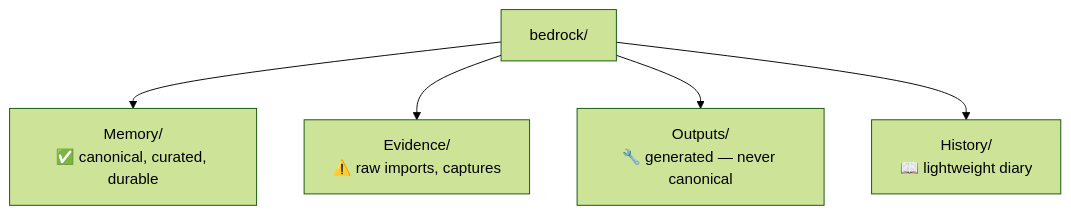
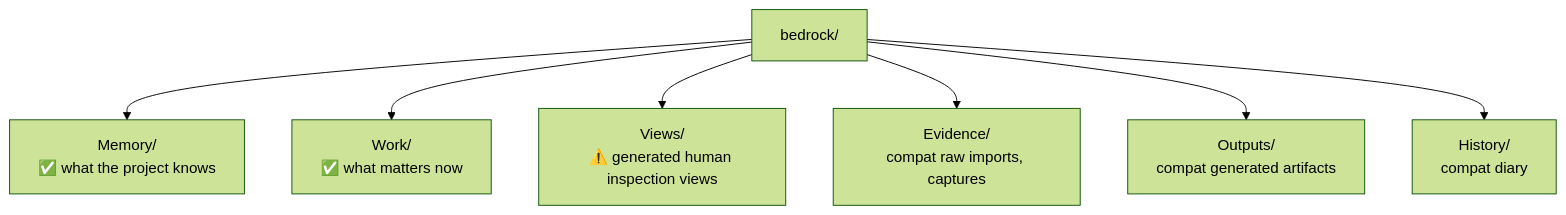
Before and after one commit to robotaitai/project-bedrock: the second of 3 diagrams in agent_docs/memory/architecture.md, drawn with Mermaid (forest theme). The commit also changed other lines of this file and 50 other files, not shown here.

````diff
--- a/agent_docs/memory/architecture.md
+++ b/agent_docs/memory/architecture.md
@@ -57,8 +57,10 @@
 ```mermaid
 flowchart TD
     V["bedrock/"]
-    V --> M["Memory/\n✅ canonical, curated, durable"]
-    V --> E["Evidence/\n⚠️ raw imports, captures"]
-    V --> O["Outputs/\n🔧 generated — never canonical"]
-    V --> H["History/\n📖 lightweight diary"]
+    V --> M["Memory/\n✅ what the project knows"]
+    V --> W["Work/\n✅ what matters now"]
+    V --> VW["Views/\n⚠️ generated human inspection views"]
+    V --> E["Evidence/\ncompat raw imports, captures"]
+    V --> O["Outputs/\ncompat generated artifacts"]
+    V --> H["History/\ncompat diary"]
 ```
````
